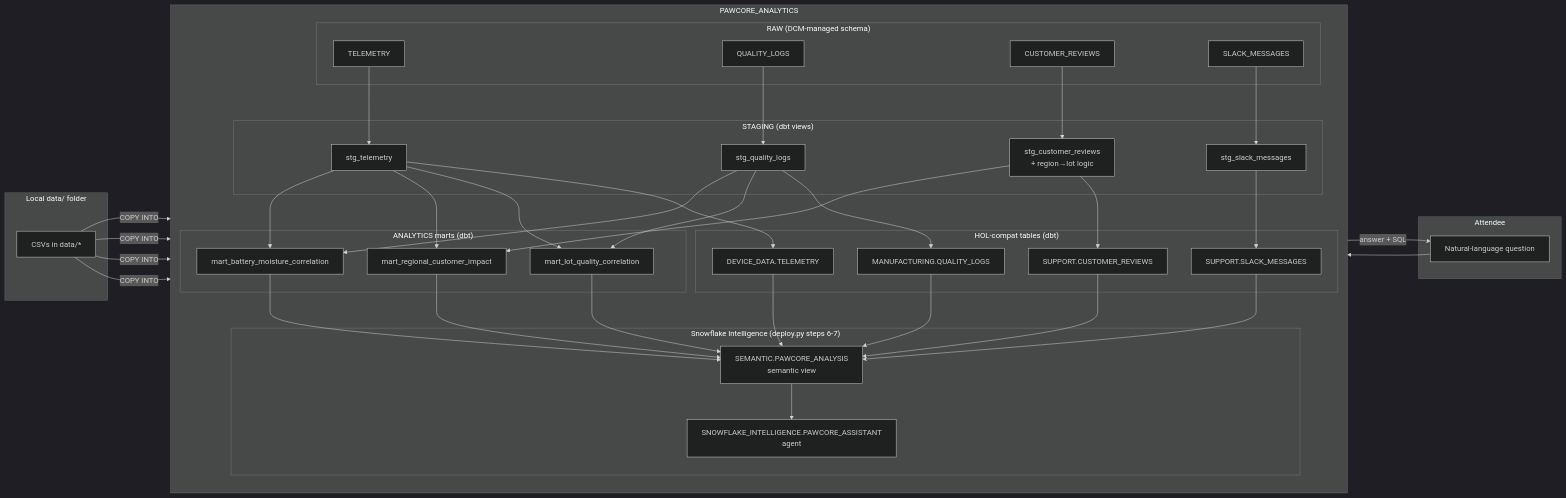
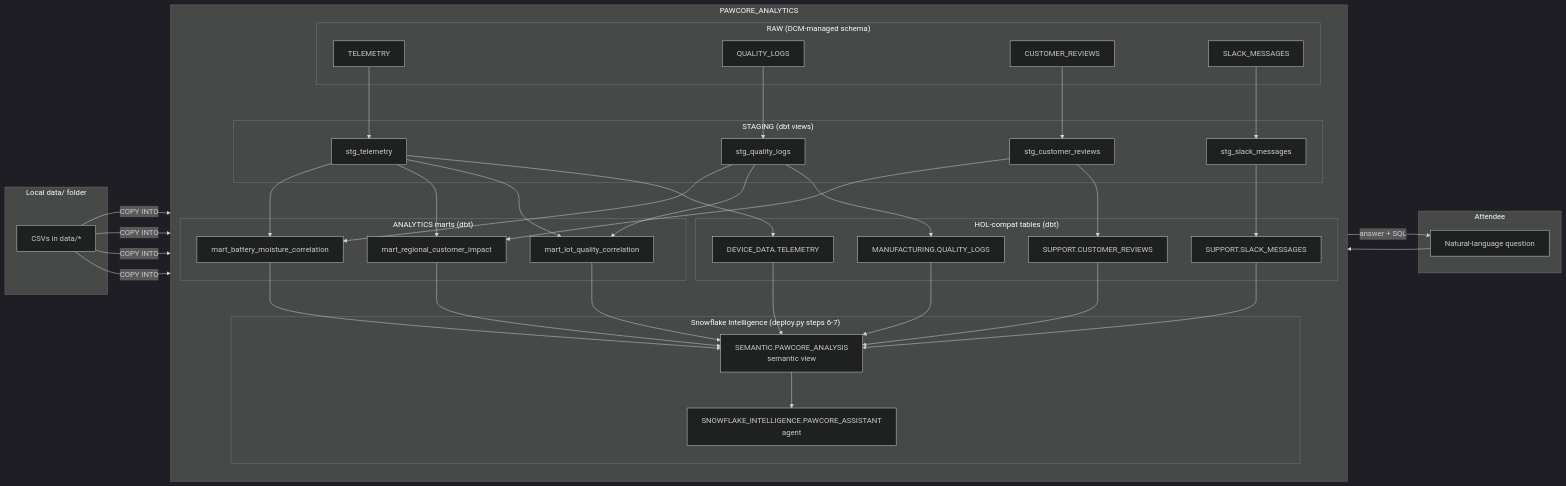
Before and after one commit to sfc-gh-jkang/demo-coco-dbt-dcm: the first of 2 diagrams in docs/architecture.md, drawn with Mermaid (dark theme). The commit also changed 7 other files, not shown here.

````diff
--- a/docs/architecture.md
+++ b/docs/architecture.md
@@ -9,73 +9,73 @@
 ```mermaid
 flowchart LR
     subgraph External["Local data/ folder"]
         CSV[CSVs in data/*]
     end
 
     subgraph Snowflake["PAWCORE_ANALYTICS"]
         direction TB
         subgraph RAW["RAW (DCM-managed schema)"]
             R1[TELEMETRY]
             R2[QUALITY_LOGS]
             R3[CUSTOMER_REVIEWS]
             R4[SLACK_MESSAGES]
         end
 
         subgraph STG["STAGING (dbt views)"]
             S1[stg_telemetry]
             S2[stg_quality_logs]
-            S3[stg_customer_reviews<br/>+ region→lot logic]
+            S3[stg_customer_reviews]
             S4[stg_slack_messages]
         end
 
         subgraph HOL["HOL-compat tables (dbt)"]
             H1[DEVICE_DATA.TELEMETRY]
             H2[MANUFACTURING.QUALITY_LOGS]
             H3[SUPPORT.CUSTOMER_REVIEWS]
             H4[SUPPORT.SLACK_MESSAGES]
         end
 
         subgraph MART["ANALYTICS marts (dbt)"]
             M1[mart_lot_quality_correlation]
             M2[mart_regional_customer_impact]
             M3[mart_battery_moisture_correlation]
         end
 
         subgraph AI["Snowflake Intelligence (deploy.py steps 6-7)"]
             SV[SEMANTIC.PAWCORE_ANALYSIS<br/>semantic view]
             AG[SNOWFLAKE_INTELLIGENCE.PAWCORE_ASSISTANT<br/>agent]
         end
     end
 
     subgraph User["Attendee"]
         Q[Natural-language question]
     end
 
     CSV -->|COPY INTO| R1
     CSV -->|COPY INTO| R2
     CSV -->|COPY INTO| R3
     CSV -->|COPY INTO| R4
 
     R1 --> S1 --> H1
     R2 --> S2 --> H2
     R3 --> S3 --> H3
     R4 --> S4 --> H4
 
     S1 --> M1
     S2 --> M1
     S3 --> M2
     S1 --> M2
     S1 --> M3
     S2 --> M3
 
     H1 --> SV
     H2 --> SV
     H3 --> SV
     H4 --> SV
     M1 --> SV
     M2 --> SV
     M3 --> SV
     SV --> AG
     Q --> AG
     AG -->|answer + SQL| Q
 ```
````
